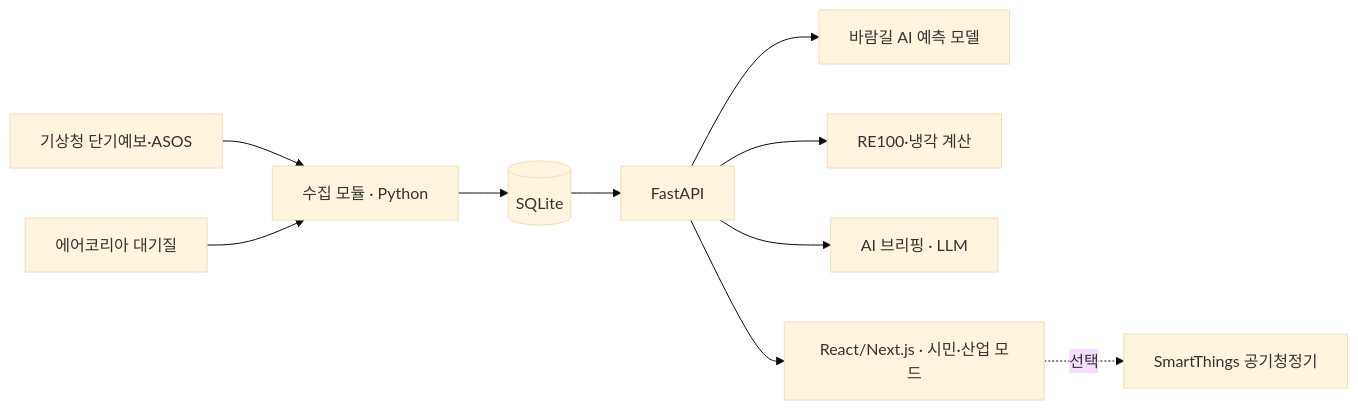
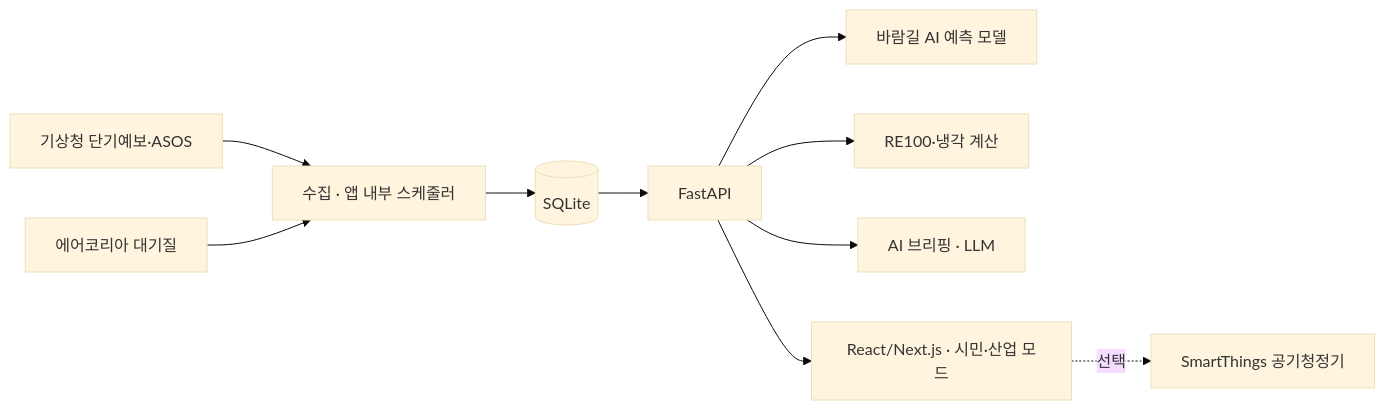
Before and after one commit to Willow33426/wave-windpath: the diagram in README.md, drawn with Mermaid (base theme). The commit also changed other lines of this file and 1 other file, not shown here.

````diff
--- a/README.md
+++ b/README.md
@@ -59,12 +60,12 @@
 ```mermaid
 flowchart LR
-  KMA[기상청 단기예보·ASOS] --> COL[수집 모듈 · Python]
+  KMA[기상청 단기예보·ASOS] --> COL[수집 · 앱 내부 스케줄러]
   AIR[에어코리아 대기질] --> COL
   COL --> DB[(SQLite)]
   DB --> API[FastAPI]
   API --> ML[바람길 AI 예측 모델]
   API --> CALC[RE100·냉각 계산]
   API --> LLM[AI 브리핑 · LLM]
   API --> WEB[React/Next.js · 시민·산업 모드]
   WEB -. 선택 .-> ST[SmartThings 공기청정기]
 ```
````
